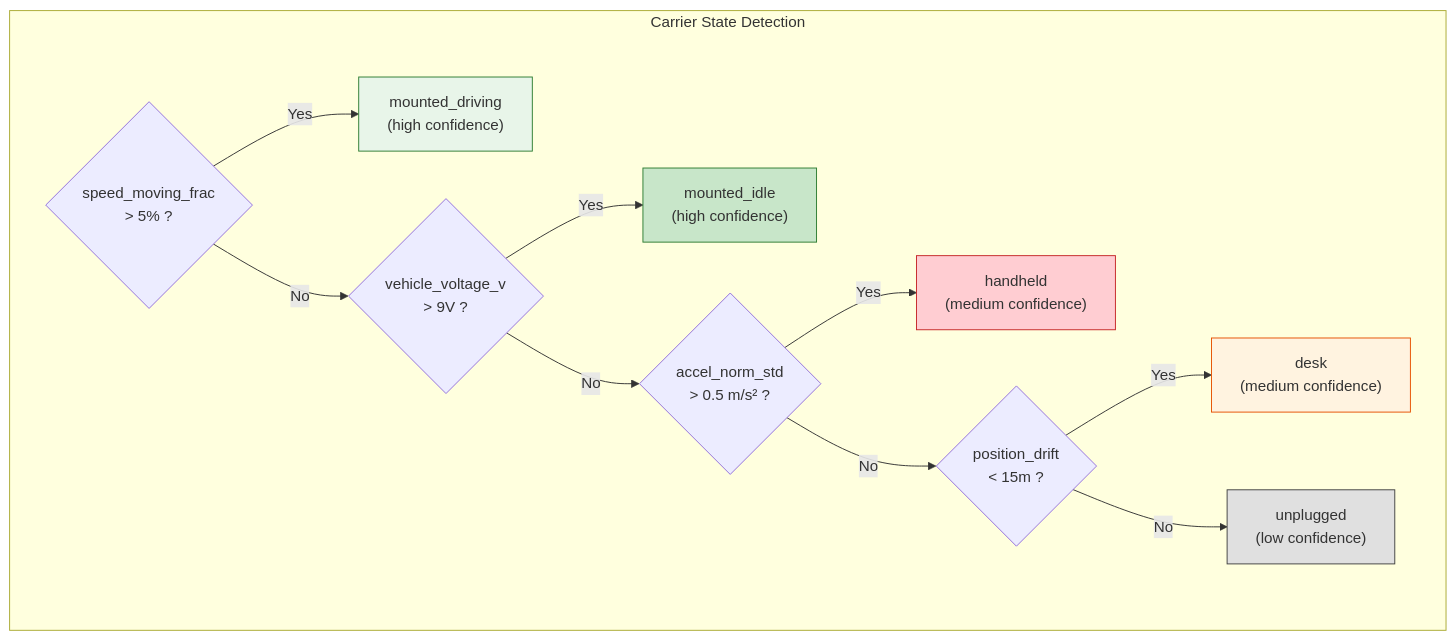
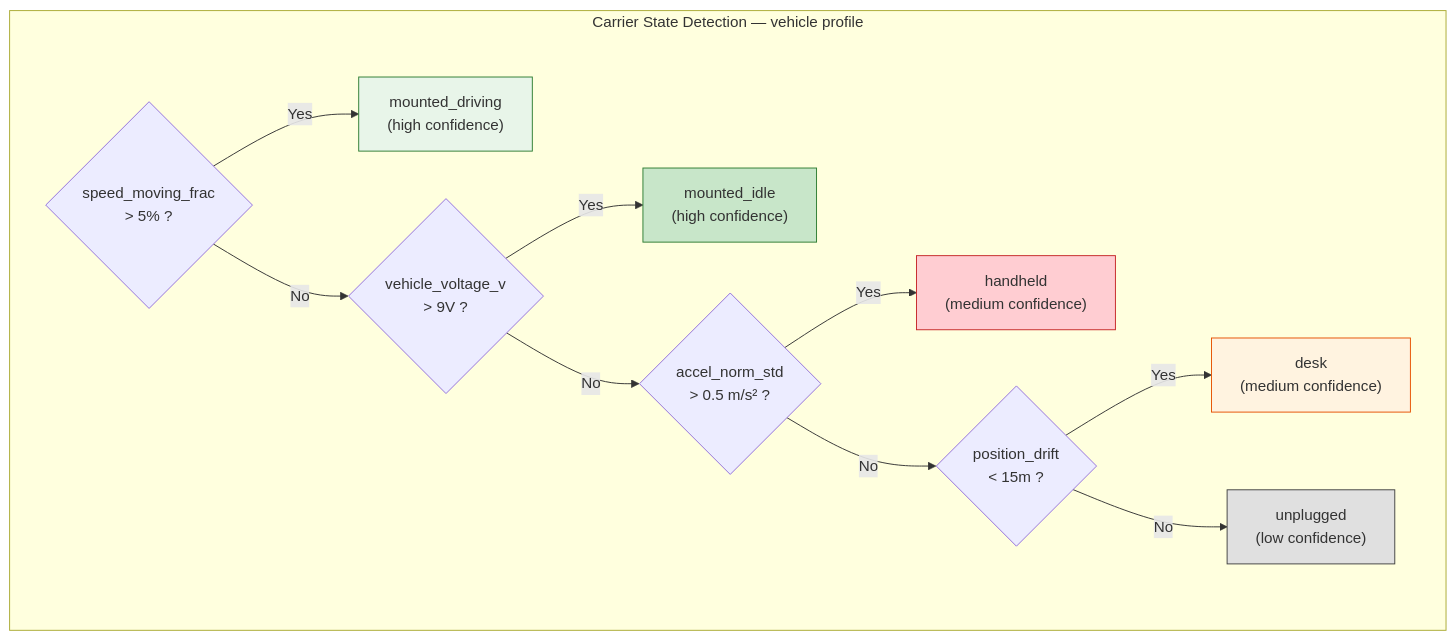
The fifth of 5 diagrams in spec/SPEC-02-manifest.md (telemachus3/telemachus), drawn with Mermaid before and after one commit. The commit also changed other lines of this file and 3 other files, not shown here.

````diff
--- a/spec/SPEC-02-manifest.md
+++ b/spec/SPEC-02-manifest.md
@@ -346,24 +462,24 @@
 ```mermaid
 graph TD
-    subgraph DETECT["Carrier State Detection"]
+    subgraph DETECT["Carrier State Detection — vehicle profile"]
         SPEED{"speed_moving_frac\n> 5% ?"}
         POWERED{"vehicle_voltage_v\n> 9V ?"}
         ACCEL_VAR{"accel_norm_std\n> 0.5 m/s² ?"}
         DRIFT{"position_drift\n< 15m ?"}
 
         SPEED -->|Yes| DRIVING["mounted_driving\n(high confidence)"]
         SPEED -->|No| POWERED
         POWERED -->|Yes| IDLE["mounted_idle\n(high confidence)"]
         POWERED -->|No| ACCEL_VAR
         ACCEL_VAR -->|Yes| HAND["handheld\n(medium confidence)"]
         ACCEL_VAR -->|No| DRIFT
         DRIFT -->|Yes| DESK["desk\n(medium confidence)"]
         DRIFT -->|No| UNPLUG["unplugged\n(low confidence)"]
     end
 
     style DRIVING fill:#e8f5e9,stroke:#2e7d32
     style IDLE fill:#c8e6c9,stroke:#2e7d32
     style HAND fill:#ffcdd2,stroke:#c62828
     style DESK fill:#fff3e0,stroke:#e65100
     style UNPLUG fill:#e0e0e0,stroke:#424242
 ```
````
